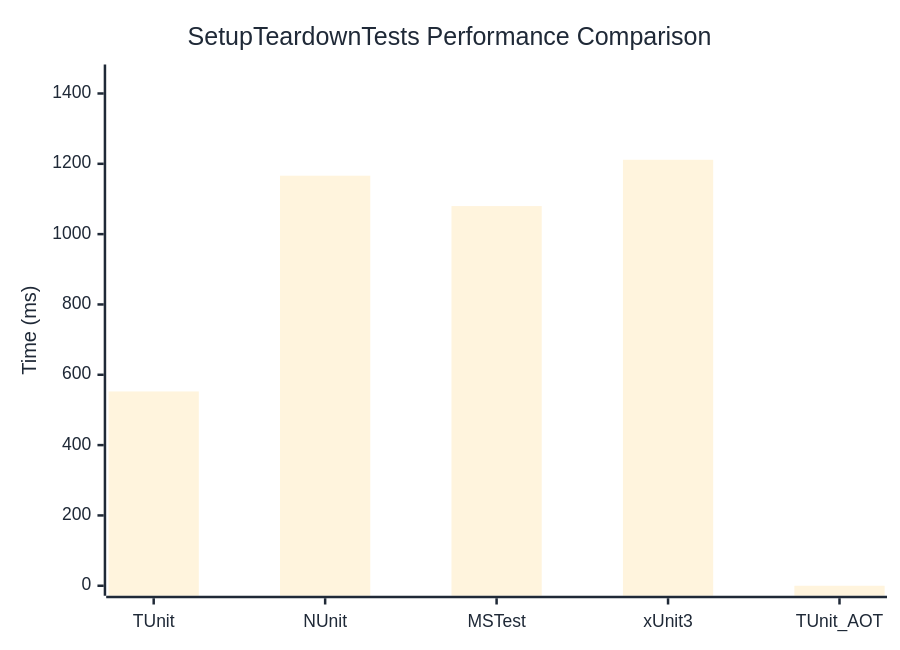
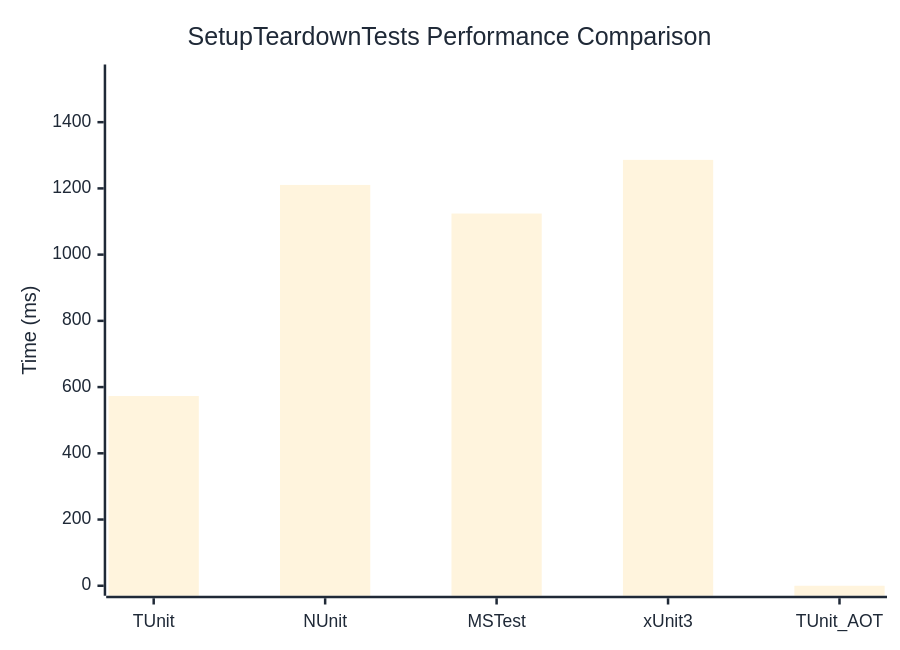
One commit to thomhurst/TUnit changed the diagram in docs/docs/benchmarks/SetupTeardownTests.md. Above: the diagram before and after it, drawn with Mermaid. The commit also changed other lines of this file and 17 other files, not shown here.

````diff
--- a/docs/docs/benchmarks/SetupTeardownTests.md
+++ b/docs/docs/benchmarks/SetupTeardownTests.md
@@ -27,37 +27,37 @@
 ```mermaid
 %%{init: {
   'theme':'base',
   'themeVariables': {
     'primaryColor': '#2563eb',
     'primaryTextColor': '#1f2937',
     'primaryBorderColor': '#1e40af',
     'lineColor': '#6b7280',
     'secondaryColor': '#7c3aed',
     'tertiaryColor': '#dc2626',
     'background': '#ffffff',
     'mainBkg': '#2563eb',
     'secondBkg': '#7c3aed',
     'tertiaryBkg': '#dc2626',
     'clusterBkg': '#f3f4f6',
     'edgeLabelBackground': '#ffffff',
     'tertiaryTextColor': '#1f2937',
     'pie1': '#2563eb',
     'pie2': '#7c3aed',
     'pie3': '#dc2626',
     'pie4': '#f59e0b',
     'pie5': '#10b981',
     'pie6': '#06b6d4',
     'pie7': '#ec4899',
     'pie8': '#6366f1',
     'pie9': '#84cc16',
     'pie10': '#f97316',
     'pie11': '#14b8a6',
     'pie12': '#a855f7'
   }
 }}%%
 xychart-beta
   title "SetupTeardownTests Performance Comparison"
   x-axis ["TUnit", "NUnit", "MSTest", "xUnit3", "TUnit_AOT"]
-  y-axis "Time (ms)" 0 --> 1454
-  bar [552.6, 1166.2, 1079.8, 1211.4, 0]
+  y-axis "Time (ms)" 0 --> 1544
+  bar [573, 1210.5, 1124.1, 1286.2, 0]
 ```
````
